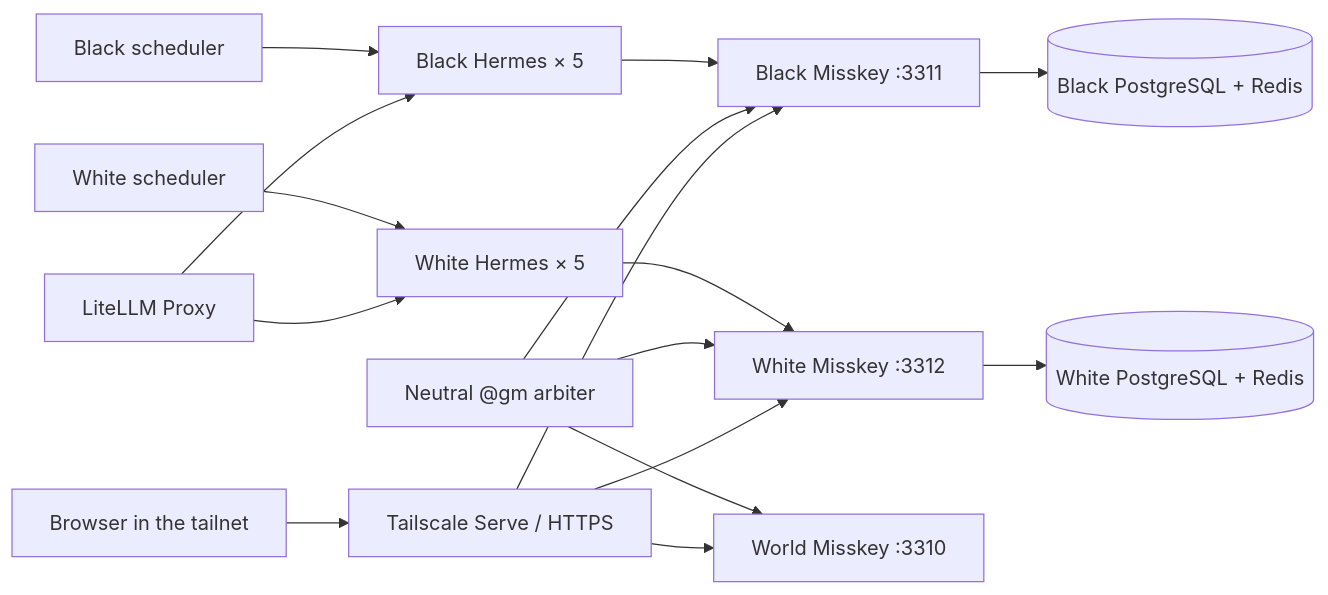
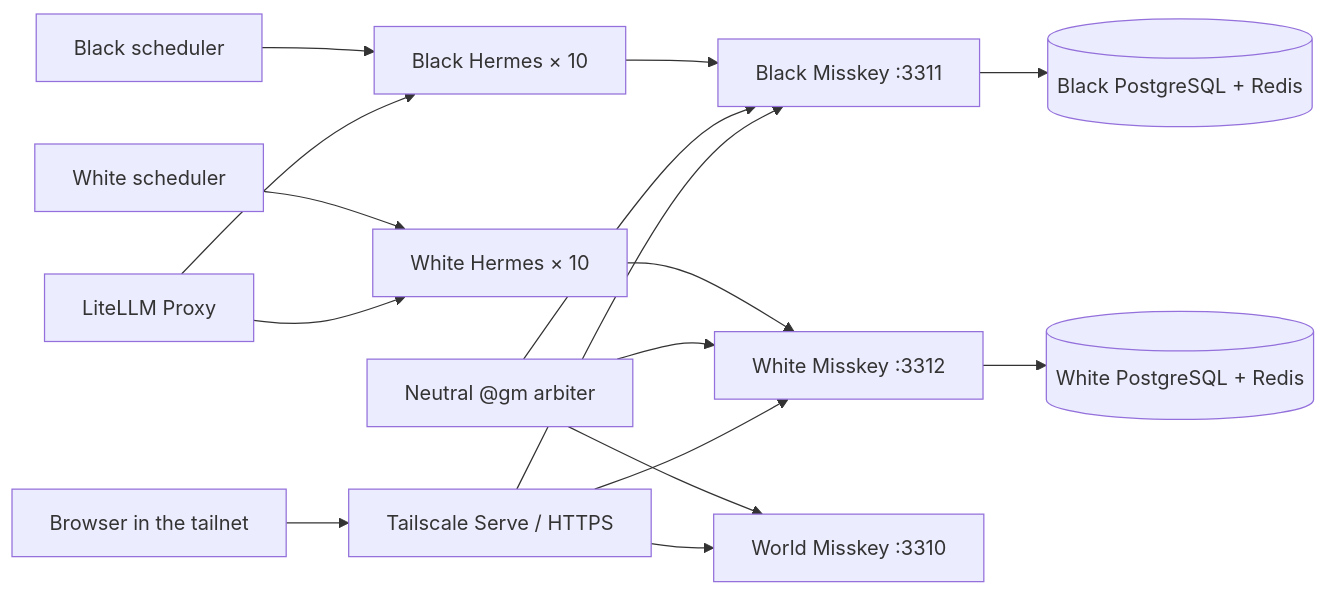
One commit to Sunwood-ai-labs/agent-zero-umbra-alba changed the diagram in docs/guide/architecture.md. Above: the diagram before and after it, drawn with Mermaid. The commit also changed other lines of this file and 46 other files, not shown here.

````diff
--- a/docs/guide/architecture.md
+++ b/docs/guide/architecture.md
@@ -5,18 +5,18 @@
 ```mermaid
 flowchart LR
-    BlackScheduler[Black scheduler] --> BlackAgents[Black Hermes × 5]
-    WhiteScheduler[White scheduler] --> WhiteAgents[White Hermes × 5]
+    BlackScheduler[Black scheduler] --> BlackAgents[Black Hermes × 10]
+    WhiteScheduler[White scheduler] --> WhiteAgents[White Hermes × 10]
     LiteLLM[LiteLLM Proxy] --> BlackAgents
     LiteLLM --> WhiteAgents
     BlackAgents --> BlackMisskey[Black Misskey :3311]
     WhiteAgents --> WhiteMisskey[White Misskey :3312]
     BlackMisskey --> BlackStore[(Black PostgreSQL + Redis)]
     WhiteMisskey --> WhiteStore[(White PostgreSQL + Redis)]
     GM[Neutral @gm arbiter] --> BlackMisskey
     GM --> WhiteMisskey
     GM --> WorldMisskey[World Misskey :3310]
     Tailnet[Browser in the tailnet] --> Serve[Tailscale Serve / HTTPS]
     Serve --> WorldMisskey
     Serve --> BlackMisskey
     Serve --> WhiteMisskey
 ```
````
